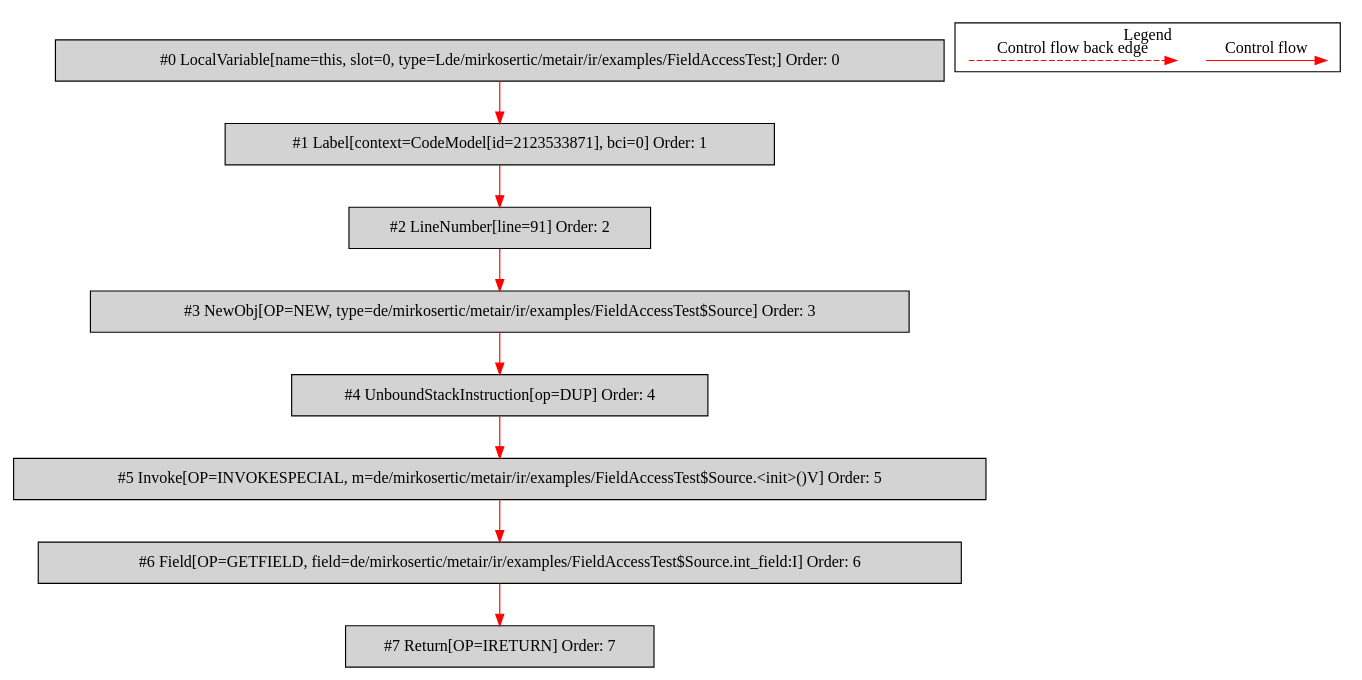
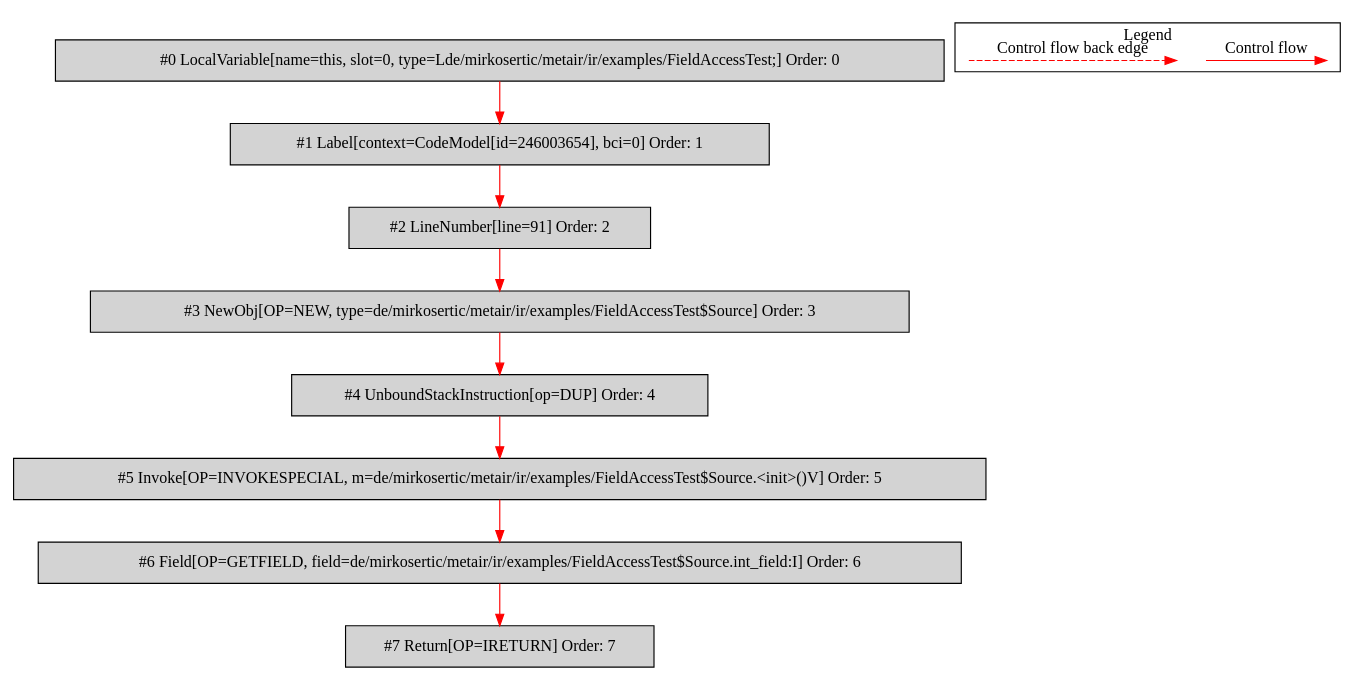
One commit to mirkosertic/MetaIR changed the diagram in de.mirkosertic.metair.ir.examples.FieldAccessTest/return_int/bytecodecfg.dot. Above: the diagram before and after it, drawn with Graphviz. The commit also changed 883 other files, not shown here.

```diff
--- a/de.mirkosertic.metair.ir.examples.FieldAccessTest/return_int/bytecodecfg.dot
+++ b/de.mirkosertic.metair.ir.examples.FieldAccessTest/return_int/bytecodecfg.dot
@@ -1,32 +1,32 @@
 digraph {
  ordering="in";
  node0[label="#0 LocalVariable[name=this, slot=0, type=Lde/mirkosertic/metair/ir/examples/FieldAccessTest;] Order: 0", shape=box, fillcolor=lightgrey, style=filled];
- node1[label="#1 Label[context=CodeModel[id=2123533871], bci=0] Order: 1", shape=box, fillcolor=lightgrey, style=filled];
+ node1[label="#1 Label[context=CodeModel[id=246003654], bci=0] Order: 1", shape=box, fillcolor=lightgrey, style=filled];
  node2[label="#2 LineNumber[line=91] Order: 2", shape=box, fillcolor=lightgrey, style=filled];
  node3[label="#3 NewObj[OP=NEW, type=de/mirkosertic/metair/ir/examples/FieldAccessTest$Source] Order: 3", shape=box, fillcolor=lightgrey, style=filled];
  node4[label="#4 UnboundStackInstruction[op=DUP] Order: 4", shape=box, fillcolor=lightgrey, style=filled];
  node5[label="#5 Invoke[OP=INVOKESPECIAL, m=de/mirkosertic/metair/ir/examples/FieldAccessTest$Source.<init>()V] Order: 5", shape=box, fillcolor=lightgrey, style=filled];
  node6[label="#6 Field[OP=GETFIELD, field=de/mirkosertic/metair/ir/examples/FieldAccessTest$Source.int_field:I] Order: 6", shape=box, fillcolor=lightgrey, style=filled];
  node7[label="#7 Return[OP=IRETURN] Order: 7", shape=box, fillcolor=lightgrey, style=filled];
  node0 -> node1[color=red];
  node1 -> node2[color=red];
  node2 -> node3[color=red];
  node3 -> node4[color=red];
  node4 -> node5[color=red];
  node5 -> node6[color=red];
  node6 -> node7[color=red];
  subgraph cluster_000 {
   label = "Legend";
   node [shape=point]
   {
    rank=same;
    c0 [style = invis];
    c1 [style = invis];
    c2 [style = invis];
    c3 [style = invis];
   }
   c0 -> c1 [label="Control flow", style=solid, color=red]
   c2 -> c3 [label="Control flow back edge", style=dashed, color=red]
  }
 
 }
```
